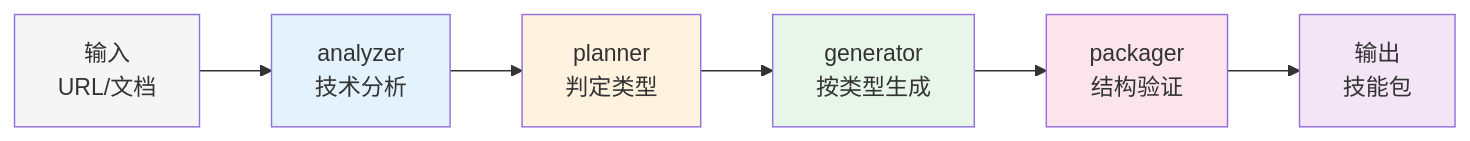
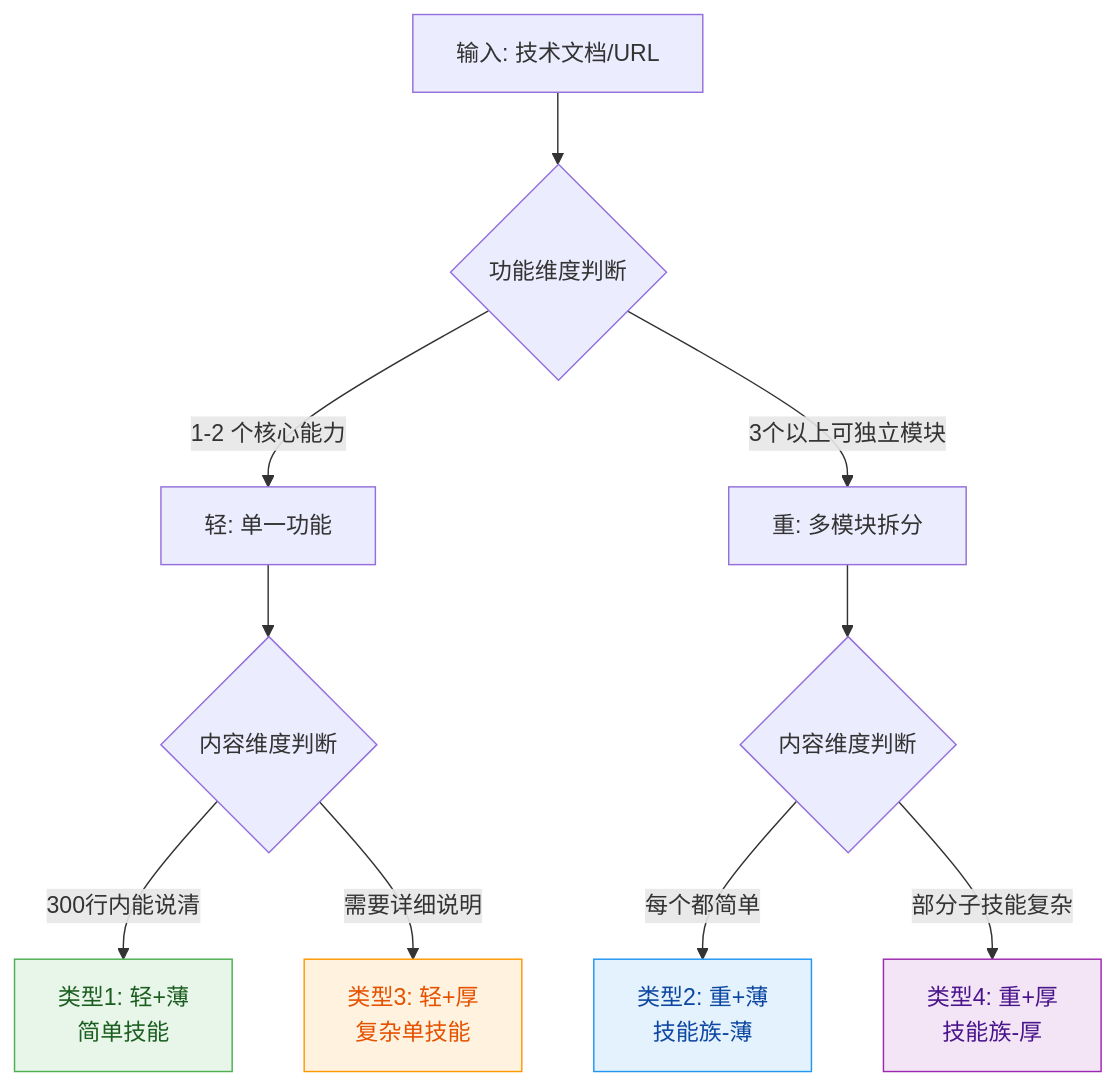
One commit to morning-start/coze-skills changed the third of 11 diagrams in skill-factory/SKILL.md. Above: the diagram before and after it, drawn with Mermaid. The commit also changed other lines of this file and 2 other files, not shown here.

````diff
--- a/skill-factory/SKILL.md
+++ b/skill-factory/SKILL.md
@@ -91,15 +113,21 @@
 ```mermaid
-flowchart LR
-    A[输入<br/>URL/文档] --> B[analyzer<br/>技术分析]
-    B --> C[planner<br/>判定类型]
-    C --> D[generator<br/>按类型生成]
-    D --> E[packager<br/>结构验证]
-    E --> F[输出<br/>技能包]
+flowchart TD
+    A[输入: 技术文档/URL] --> B{功能维度判断}
     
-    style A fill:#f5f5f5
-    style B fill:#e3f2fd
-    style C fill:#fff3e0
-    style D fill:#e8f5e9
-    style E fill:#fce4ec
-    style F fill:#f3e5f5
+    B -->|1-2 个核心能力| C[轻: 单一功能]
+    B -->|3个以上可独立模块| D[重: 多模块拆分]
+    
+    C --> E{内容维度判断}
+    D --> F{内容维度判断}
+    
+    E -->|300行内能说清| G[类型1: 轻+薄<br/>简单技能]
+    E -->|需要详细说明| H[类型3: 轻+厚<br/>复杂单技能]
+    
+    F -->|每个都简单| I[类型2: 重+薄<br/>技能族-薄]
+    F -->|部分子技能复杂| J[类型4: 重+厚<br/>技能族-厚]
+    
+    style G fill:#e8f5e9,stroke:#4caf50,color:#1b5e20
+    style H fill:#fff3e0,stroke:#ff9800,color:#e65100
+    style I fill:#e3f2fd,stroke:#2196f3,color:#0d47a1
+    style J fill:#f3e5f5,stroke:#9c27b0,color:#4a148c
 ```
````
